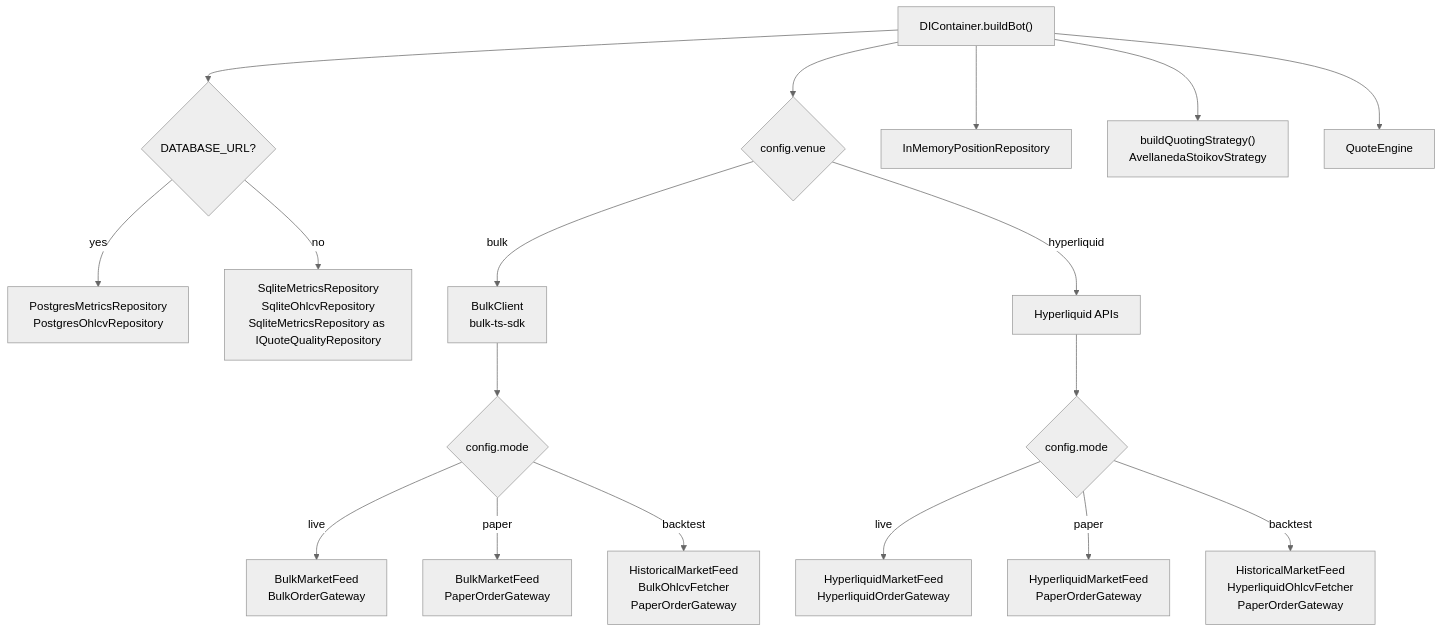
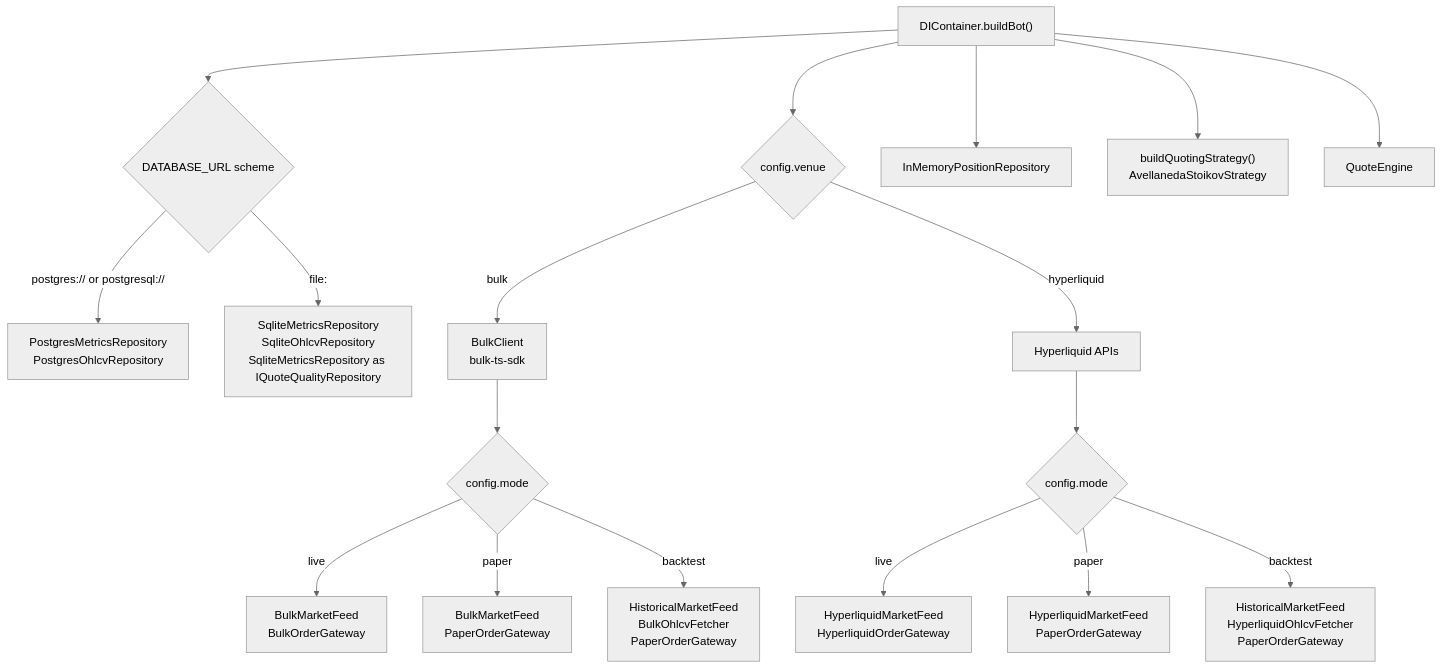
Before and after one commit to posaune0423/simple-mm-bot: the fifth of 9 diagrams in docs/ARCHITECTURE.md, drawn with Mermaid (neutral theme). The commit also changed other lines of this file and 53 other files, not shown here.

````diff
--- a/docs/ARCHITECTURE.md
+++ b/docs/ARCHITECTURE.md
@@ -348,28 +348,28 @@
 ```mermaid
 flowchart TD
     Start["DIContainer.buildBot()"]
-    DBQ{DATABASE_URL?}
+    DBQ{DATABASE_URL scheme}
     Venue{config.venue}
     ModeBulk{config.mode}
     ModeHL{config.mode}
 
     Start --> DBQ
-    DBQ -- yes --> PG["PostgresMetricsRepository\nPostgresOhlcvRepository"]
-    DBQ -- no --> SQLite["SqliteMetricsRepository\nSqliteOhlcvRepository\nSqliteMetricsRepository as IQuoteQualityRepository"]
+    DBQ -- "postgres:// or postgresql://" --> PG["PostgresMetricsRepository\nPostgresOhlcvRepository"]
+    DBQ -- "file:<path>" --> SQLite["SqliteMetricsRepository\nSqliteOhlcvRepository\nSqliteMetricsRepository as IQuoteQualityRepository"]
     Start --> Pos["InMemoryPositionRepository"]
     Start --> Strategy["buildQuotingStrategy()\nAvellanedaStoikovStrategy"]
     Start --> QE["QuoteEngine"]
     Start --> Venue
 
     Venue -- bulk --> BulkClient["BulkClient\nbulk-ts-sdk"]
     BulkClient --> ModeBulk
     ModeBulk -- live --> BulkLive["BulkMarketFeed\nBulkOrderGateway"]
     ModeBulk -- paper --> BulkPaper["BulkMarketFeed\nPaperOrderGateway"]
     ModeBulk -- backtest --> BulkBacktest["HistoricalMarketFeed\nBulkOhlcvFetcher\nPaperOrderGateway"]
 
     Venue -- hyperliquid --> HLApis["Hyperliquid APIs"]
     HLApis --> ModeHL
     ModeHL -- live --> HLLive["HyperliquidMarketFeed\nHyperliquidOrderGateway"]
     ModeHL -- paper --> HLPaper["HyperliquidMarketFeed\nPaperOrderGateway"]
     ModeHL -- backtest --> HLBacktest["HistoricalMarketFeed\nHyperliquidOhlcvFetcher\nPaperOrderGateway"]
 ```
````
